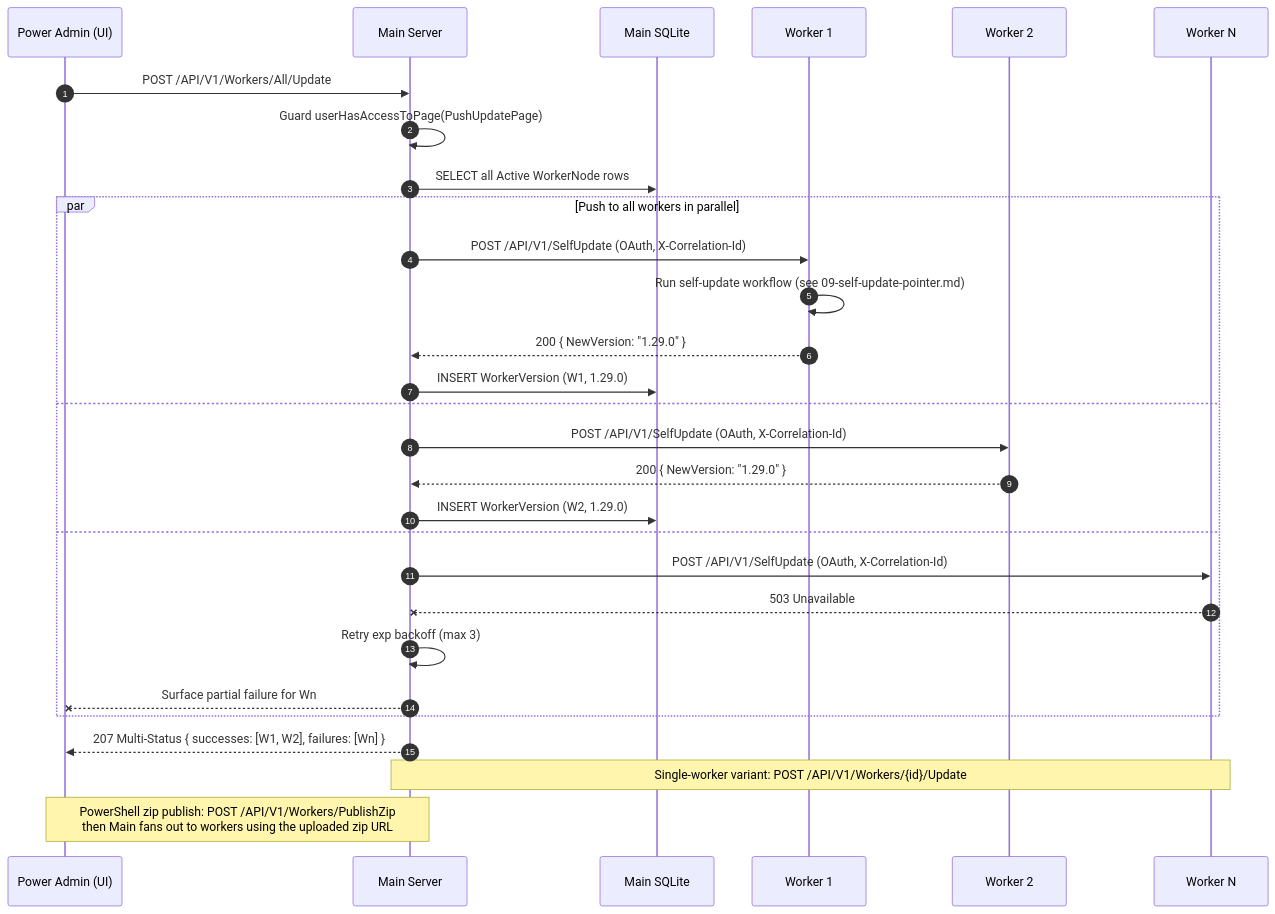
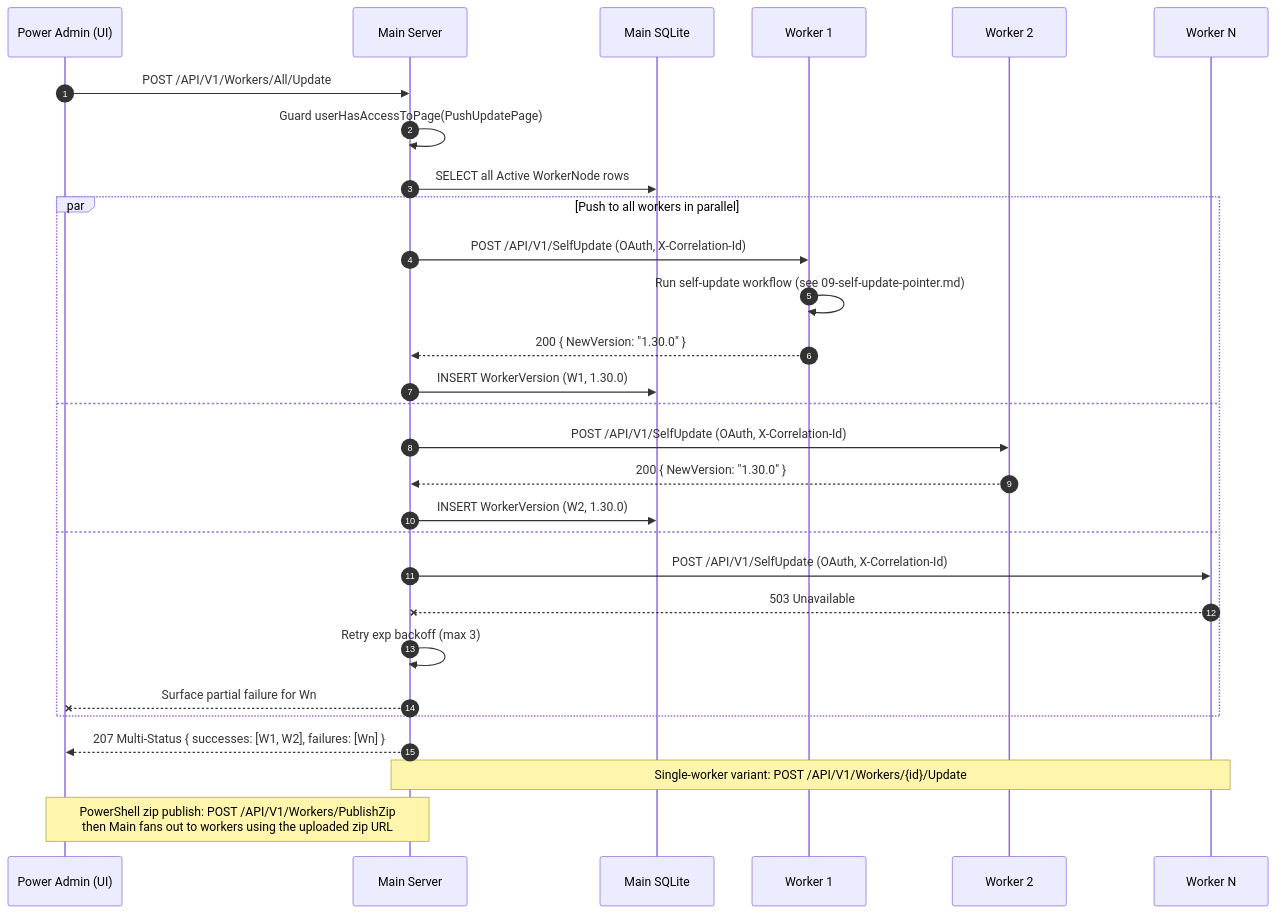
Before and after one commit to alimtvnetwork/prompt-architect-v2: the diagram in spec/19-main-worker-service/diagrams/seq-push-update.mmd, drawn with Mermaid. The commit also changed 13 other files, not shown here.

```diff
--- a/spec/19-main-worker-service/diagrams/seq-push-update.mmd
+++ b/spec/19-main-worker-service/diagrams/seq-push-update.mmd
@@ -1,43 +1,43 @@
 %% ==========================================================
 %% NON-AUTHORITATIVE PROJECTION
 %% ==========================================================
 %% Subject:        Power-Admin push-update fan-out
 %% Authoritative:  spec/14-update/28-worker-push-instruction.md + spec/19/15-tunable-constants.md
 %% Status:         Illustrative only. If this diagram disagrees
 %%                 with the authoritative spec(s) above, the
 %%                 spec wins and this file is the bug.
 %% Banner version: 1.0.0 (2026-05-04, audit fix #9)
 %% ==========================================================
 sequenceDiagram
     autonumber
     participant Admin as Power Admin (UI)
     participant Main as Main Server
     participant DB as Main SQLite
     participant W1 as Worker 1
     participant W2 as Worker 2
     participant Wn as Worker N
 
     Admin->>Main: POST /API/V1/Workers/All/Update
     Main->>Main: Guard userHasAccessToPage(PushUpdatePage)
     Main->>DB: SELECT all Active WorkerNode rows
 
     par Push to all workers in parallel
         Main->>W1: POST /API/V1/SelfUpdate (OAuth, X-Correlation-Id)
         W1->>W1: Run self-update workflow (see 09-self-update-pointer.md)
-        W1-->>Main: 200 { NewVersion: "1.29.0" }
-        Main->>DB: INSERT WorkerVersion (W1, 1.29.0)
+        W1-->>Main: 200 { NewVersion: "1.30.0" }
+        Main->>DB: INSERT WorkerVersion (W1, 1.30.0)
     and
         Main->>W2: POST /API/V1/SelfUpdate (OAuth, X-Correlation-Id)
-        W2-->>Main: 200 { NewVersion: "1.29.0" }
-        Main->>DB: INSERT WorkerVersion (W2, 1.29.0)
+        W2-->>Main: 200 { NewVersion: "1.30.0" }
+        Main->>DB: INSERT WorkerVersion (W2, 1.30.0)
     and
         Main->>Wn: POST /API/V1/SelfUpdate (OAuth, X-Correlation-Id)
         Wn--xMain: 503 Unavailable
         Main->>Main: Retry exp backoff (max 3)
         Main--xAdmin: Surface partial failure for Wn
     end
 
     Main-->>Admin: 207 Multi-Status { successes: [W1, W2], failures: [Wn] }
 
     Note over Main,Wn: Single-worker variant: POST /API/V1/Workers/{id}/Update
     Note over Admin,Main: PowerShell zip publish: POST /API/V1/Workers/PublishZip<br/>then Main fans out to workers using the uploaded zip URL
```
